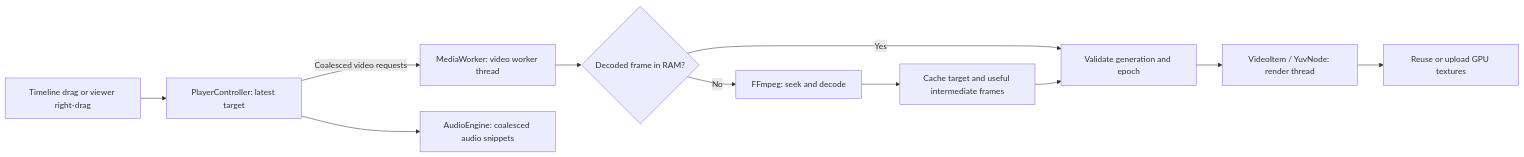
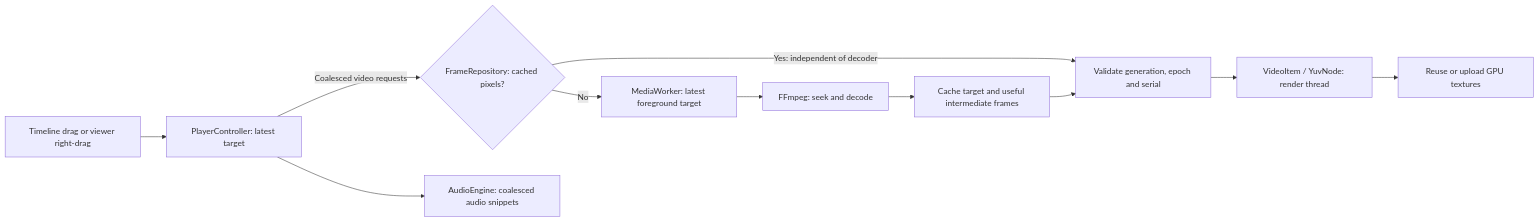
One commit to ltrye/trie_frame_viewer changed the diagram in docs/caching-and-scrubbing.md. Above: the diagram before and after it, drawn with Mermaid. The commit also changed other lines of this file and 5 other files, not shown here.

Commit message:
Document cache architecture, MPX comparison and measured optimization limits

````diff
--- a/docs/caching-and-scrubbing.md
+++ b/docs/caching-and-scrubbing.md
@@ -10,13 +10,13 @@
 ```mermaid
 flowchart LR
     Input[Timeline drag or viewer right-drag] --> Controller[PlayerController: latest target]
-    Controller -->|Coalesced video requests| Worker[MediaWorker: video worker thread]
-    Worker --> RAM{Decoded frame in RAM?}
-    RAM -->|Yes| Present[Validate generation and epoch]
-    RAM -->|No| Decoder[FFmpeg: seek and decode]
+    Controller -->|Coalesced video requests| RAM{FrameRepository: cached pixels?}
+    RAM -->|Yes: independent of decoder| Present[Validate generation, epoch and serial]
+    RAM -->|No| Worker[MediaWorker: latest foreground target]
+    Worker --> Decoder[FFmpeg: seek and decode]
     Decoder --> Cache[Cache target and useful intermediate frames]
     Cache --> Present
     Present --> Renderer[VideoItem / YuvNode: render thread]
     Renderer --> GPU[Reuse or upload GPU textures]
     Controller --> Audio[AudioEngine: coalesced audio snippets]
 ```
````
